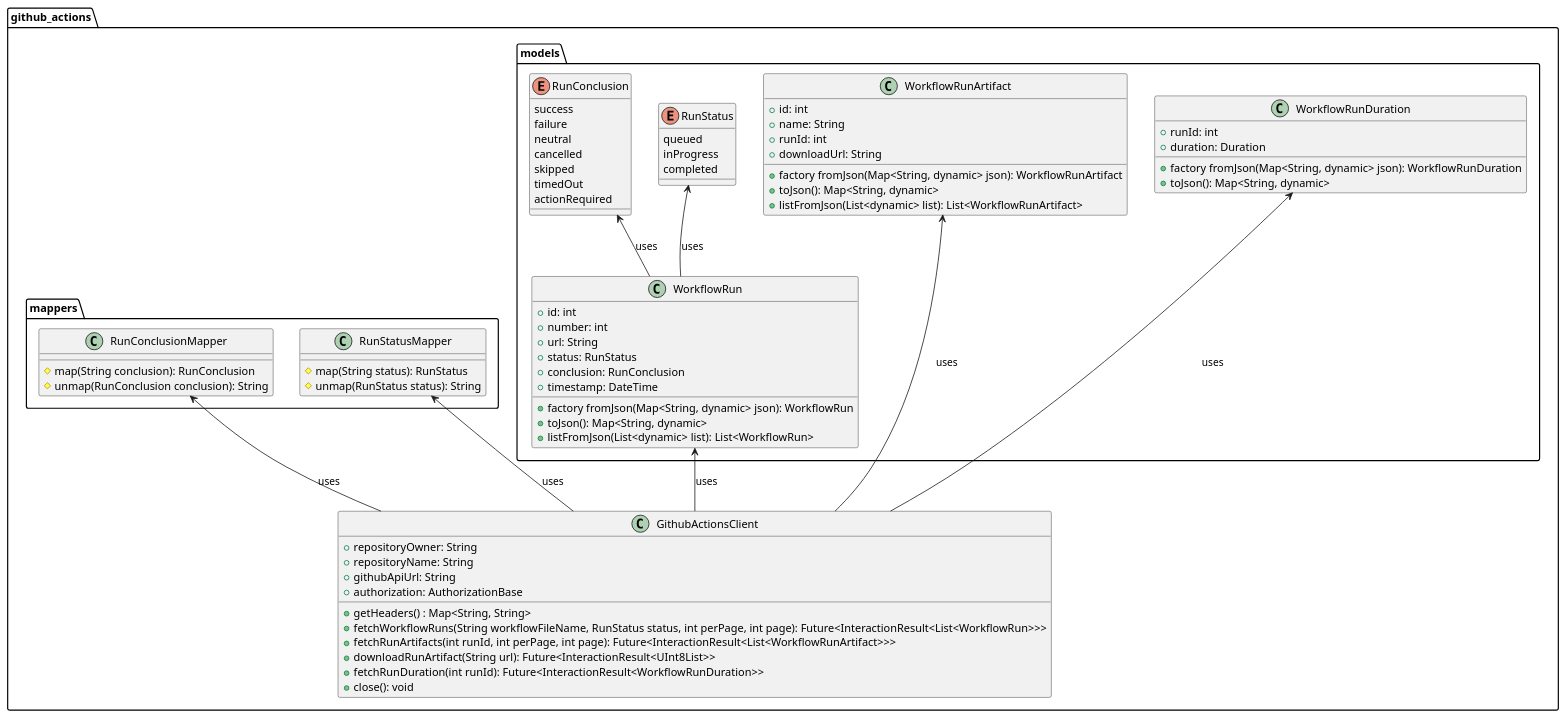
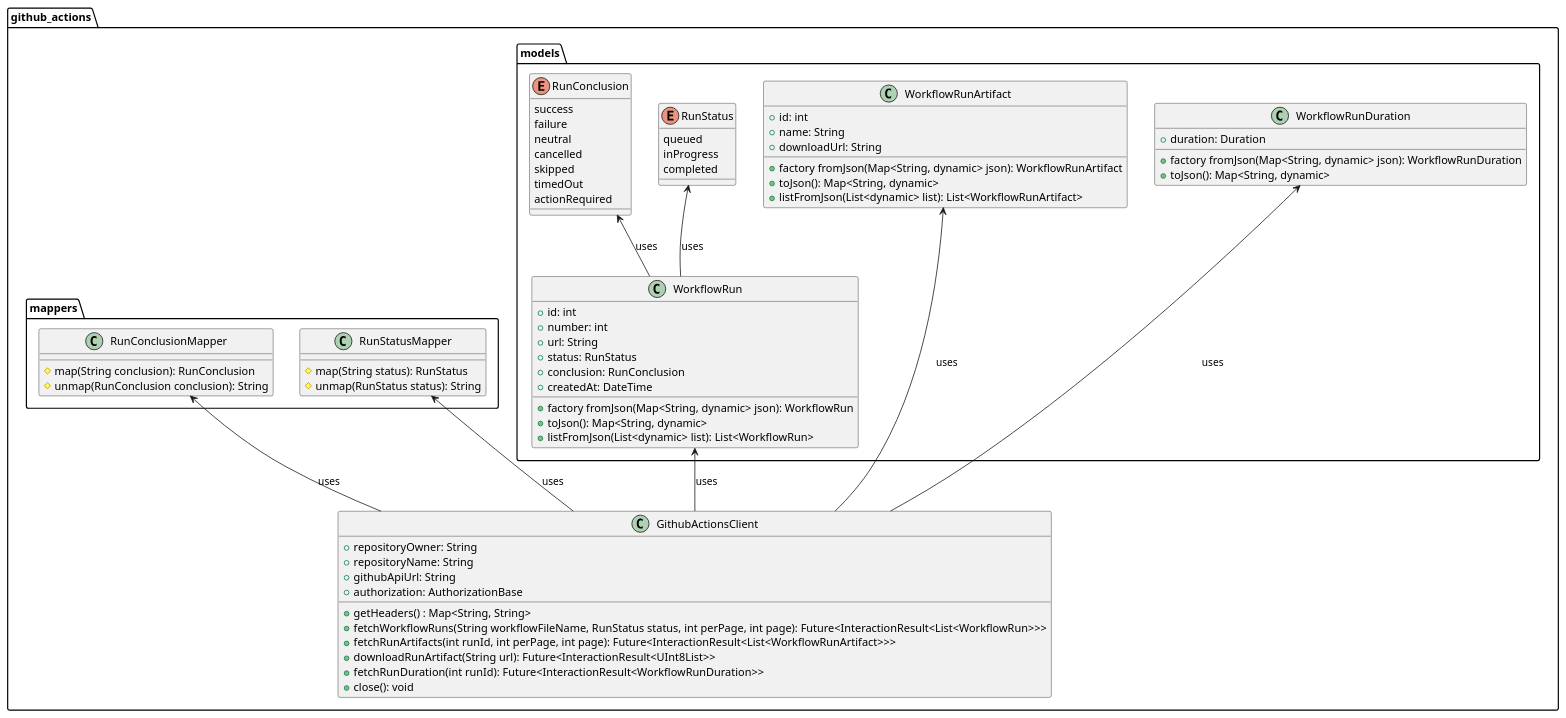
One commit to Flank/flank-dashboard changed the diagram in metrics/ci_integrations/docs/github_actions/diagrams/github_actions_client_class_diagram.puml. Above: the diagram before and after it, drawn with PlantUML.

Commit message:
Update Github Actions diagram

```diff
--- a/metrics/ci_integrations/docs/github_actions/diagrams/github_actions_client_class_diagram.puml
+++ b/metrics/ci_integrations/docs/github_actions/diagrams/github_actions_client_class_diagram.puml
@@ -1,96 +1,94 @@
 @startuml
 
 package github_actions <<Folder>> {
 
     package models <<Folder>> {
 
         class WorkflowRun {
             +id: int
             +number: int
             +url: String
             +status: RunStatus
             +conclusion: RunConclusion
-            +timestamp: DateTime
+            +createdAt: DateTime
 
             +factory fromJson(Map<String, dynamic> json): WorkflowRun
             +toJson(): Map<String, dynamic>
             +listFromJson(List<dynamic> list): List<WorkflowRun>
         }
 
         class WorkflowRunArtifact {
             +id: int
             +name: String
-            +runId: int
             +downloadUrl: String
 
            +factory fromJson(Map<String, dynamic> json): WorkflowRunArtifact
            +toJson(): Map<String, dynamic>
            +listFromJson(List<dynamic> list): List<WorkflowRunArtifact>
         }
 
         class WorkflowRunDuration {
-            +runId: int
             +duration: Duration
 
             +factory fromJson(Map<String, dynamic> json): WorkflowRunDuration
             +toJson(): Map<String, dynamic>
         }
 
 
         enum RunStatus {
             queued
             inProgress
             completed
         }
 
         enum RunConclusion {
             success
             failure
             neutral
             cancelled
             skipped
             timedOut
             actionRequired
         }
 
     }
 
     package mappers <<Folder>> {
         class RunConclusionMapper {
             #map(String conclusion): RunConclusion
             #unmap(RunConclusion conclusion): String
         }
 
         class RunStatusMapper {
             #map(String status): RunStatus
             #unmap(RunStatus status): String
         }
 
     }
 
 
     class GithubActionsClient {
         +repositoryOwner: String
         +repositoryName: String
         +githubApiUrl: String
         +authorization: AuthorizationBase
 
         +getHeaders() : Map<String, String>
         +fetchWorkflowRuns(String workflowFileName, RunStatus status, int perPage, int page): Future<InteractionResult<List<WorkflowRun>>>
         +fetchRunArtifacts(int runId, int perPage, int page): Future<InteractionResult<List<WorkflowRunArtifact>>>
         +downloadRunArtifact(String url): Future<InteractionResult<UInt8List>>
         +fetchRunDuration(int runId): Future<InteractionResult<WorkflowRunDuration>>
         +close(): void
     }
 }
 
 
 WorkflowRun <-- GithubActionsClient : uses
 WorkflowRunDuration <-- GithubActionsClient : uses
 WorkflowRunArtifact <-- GithubActionsClient : uses
 RunStatusMapper <-- GithubActionsClient : uses
 RunConclusionMapper <-- GithubActionsClient : uses
 RunConclusion <-- WorkflowRun : uses
 RunStatus <-- WorkflowRun : uses
 
 @enduml
```
